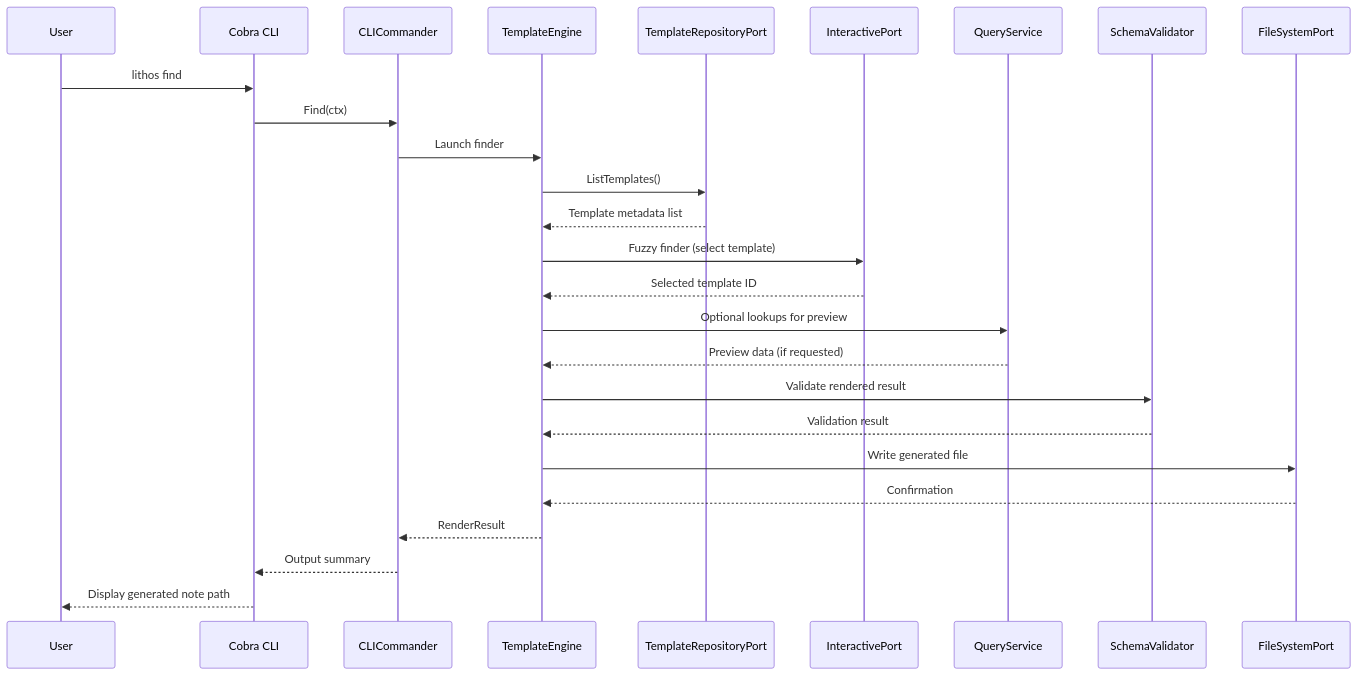
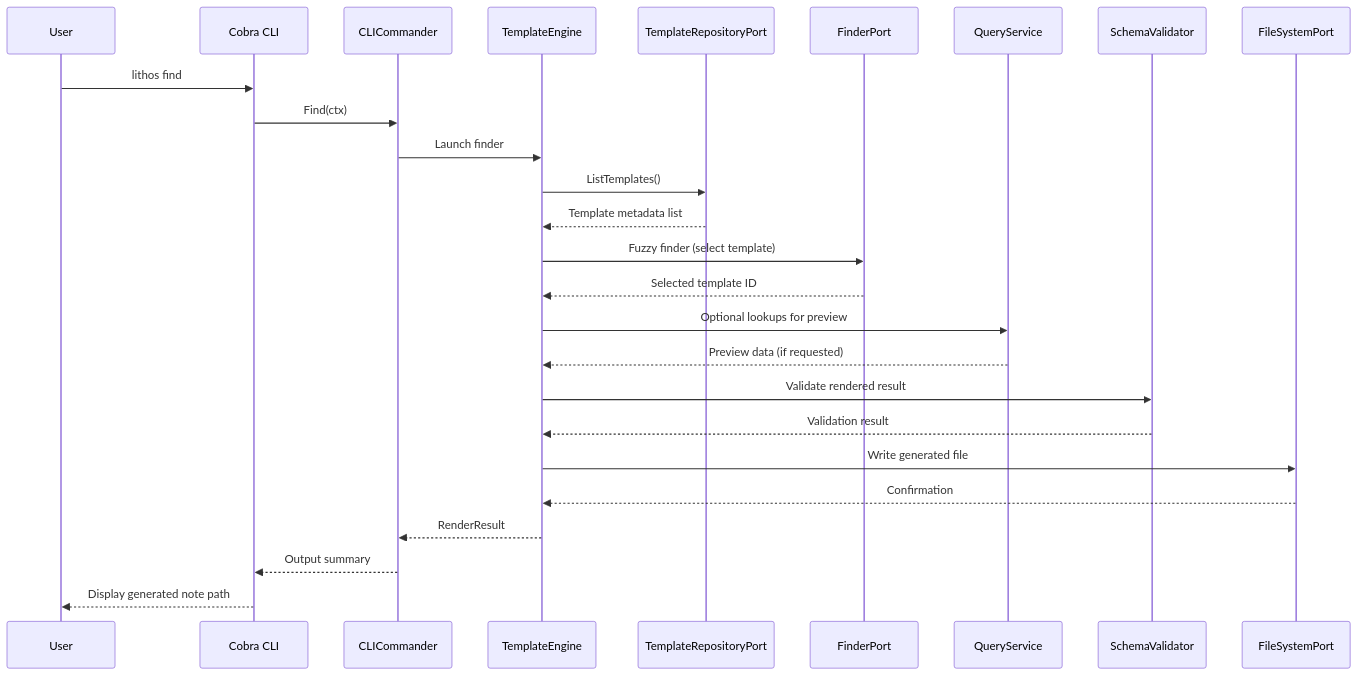
Before and after one commit to JackMatanky/lithos: the second of 3 diagrams in docs/architecture/core-workflows.md, drawn with Mermaid. The commit also changed other lines of this file and 1 other file, not shown here.

Commit message:
docs(arch): standardize port naming and modernize core sequence diagrams

````diff
--- a/docs/architecture/core-workflows.md
+++ b/docs/architecture/core-workflows.md
@@ -35,29 +35,29 @@
 ```mermaid
 sequenceDiagram
     participant User
     participant CLI as Cobra CLI
     participant CO as CLICommander
     participant TE as TemplateEngine
     participant TR as TemplateRepositoryPort
-    participant INT as InteractivePort
+    participant FIN as FinderPort
     participant QS as QueryService
     participant SV as SchemaValidator
     participant FS as FileSystemPort
 
     User->>CLI: lithos find
     CLI->>CO: Find(ctx)
     CO->>TE: Launch finder
     TE->>TR: ListTemplates()
     TR-->>TE: Template metadata list
-    TE->>INT: Fuzzy finder (select template)
-    INT-->>TE: Selected template ID
+    TE->>FIN: Fuzzy finder (select template)
+    FIN-->>TE: Selected template ID
     TE->>QS: Optional lookups for preview
     QS-->>TE: Preview data (if requested)
     TE->>SV: Validate rendered result
     SV-->>TE: Validation result
     TE->>FS: Write generated file
     FS-->>TE: Confirmation
     TE-->>CO: RenderResult
     CO-->>CLI: Output summary
     CLI-->>User: Display generated note path
 ```
````
